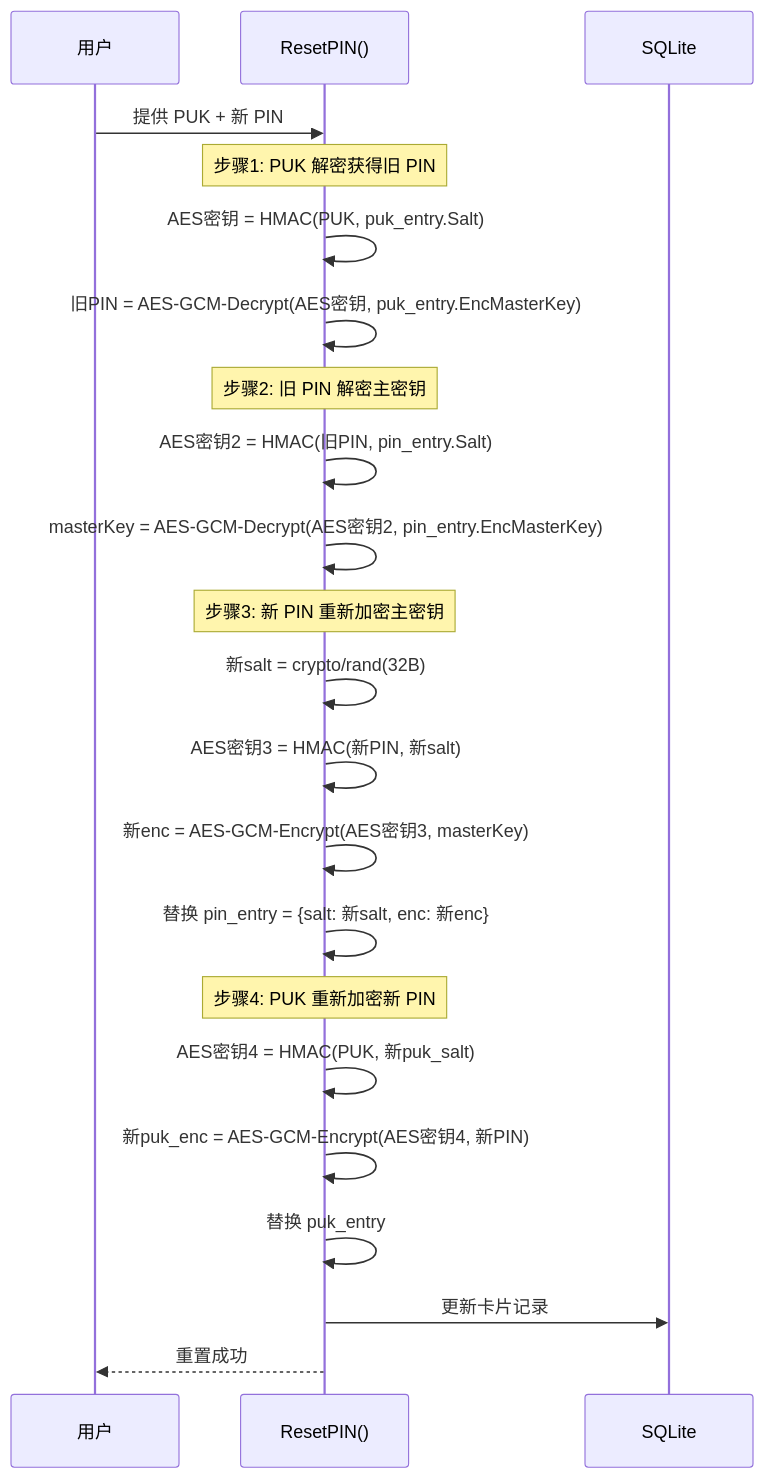
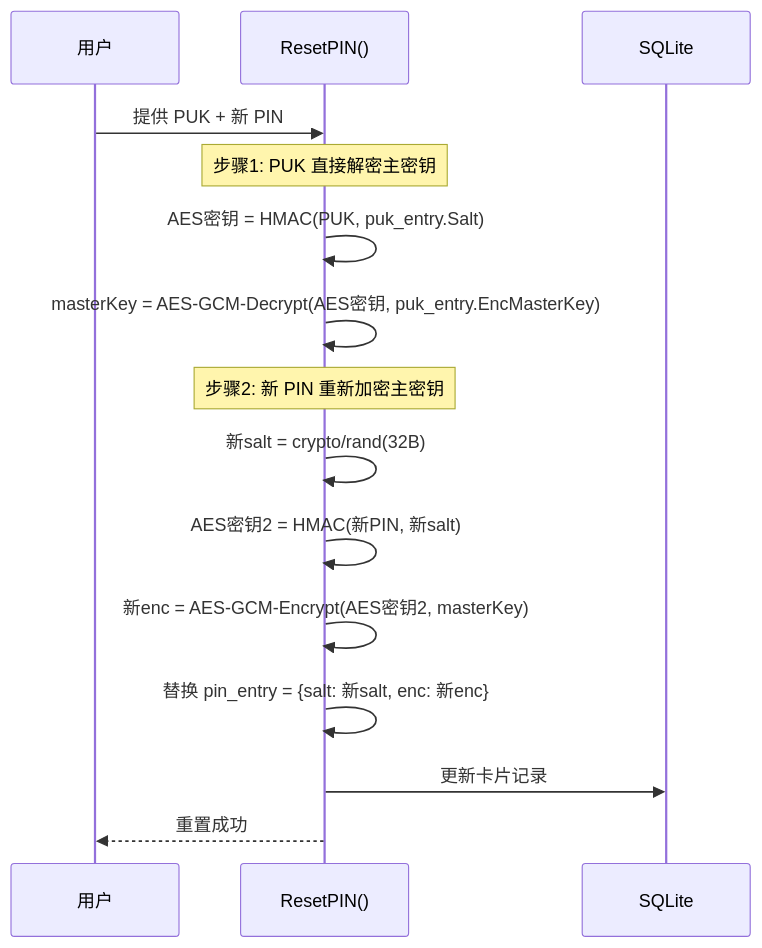
Before and after one commit to PIKACHUIM/OpenCert: the ninth of 20 diagrams in roadmap/15-CRYPTO-FLOWCHART.MD, drawn with Mermaid. The commit also changed other lines of this file and 24 other files, not shown here.

````diff
--- a/roadmap/15-CRYPTO-FLOWCHART.MD
+++ b/roadmap/15-CRYPTO-FLOWCHART.MD
@@ -224,30 +222,21 @@
 ```mermaid
 sequenceDiagram
     participant User as 用户
     participant Sys as ResetPIN()
     participant DB as SQLite
 
     User->>Sys: 提供 PUK + 新 PIN
     
-    Note over Sys: 步骤1: PUK 解密获得旧 PIN
+    Note over Sys: 步骤1: PUK 直接解密主密钥
     Sys->>Sys: AES密钥 = HMAC(PUK, puk_entry.Salt)
-    Sys->>Sys: 旧PIN = AES-GCM-Decrypt(AES密钥, puk_entry.EncMasterKey)
+    Sys->>Sys: masterKey = AES-GCM-Decrypt(AES密钥, puk_entry.EncMasterKey)
     
-    Note over Sys: 步骤2: 旧 PIN 解密主密钥
-    Sys->>Sys: AES密钥2 = HMAC(旧PIN, pin_entry.Salt)
-    Sys->>Sys: masterKey = AES-GCM-Decrypt(AES密钥2, pin_entry.EncMasterKey)
-    
-    Note over Sys: 步骤3: 新 PIN 重新加密主密钥
+    Note over Sys: 步骤2: 新 PIN 重新加密主密钥
     Sys->>Sys: 新salt = crypto/rand(32B)
-    Sys->>Sys: AES密钥3 = HMAC(新PIN, 新salt)
-    Sys->>Sys: 新enc = AES-GCM-Encrypt(AES密钥3, masterKey)
+    Sys->>Sys: AES密钥2 = HMAC(新PIN, 新salt)
+    Sys->>Sys: 新enc = AES-GCM-Encrypt(AES密钥2, masterKey)
     Sys->>Sys: 替换 pin_entry = {salt: 新salt, enc: 新enc}
-    
-    Note over Sys: 步骤4: PUK 重新加密新 PIN
-    Sys->>Sys: AES密钥4 = HMAC(PUK, 新puk_salt)
-    Sys->>Sys: 新puk_enc = AES-GCM-Encrypt(AES密钥4, 新PIN)
-    Sys->>Sys: 替换 puk_entry
     
     Sys->>DB: 更新卡片记录
     Sys-->>User: 重置成功
 ```
````
